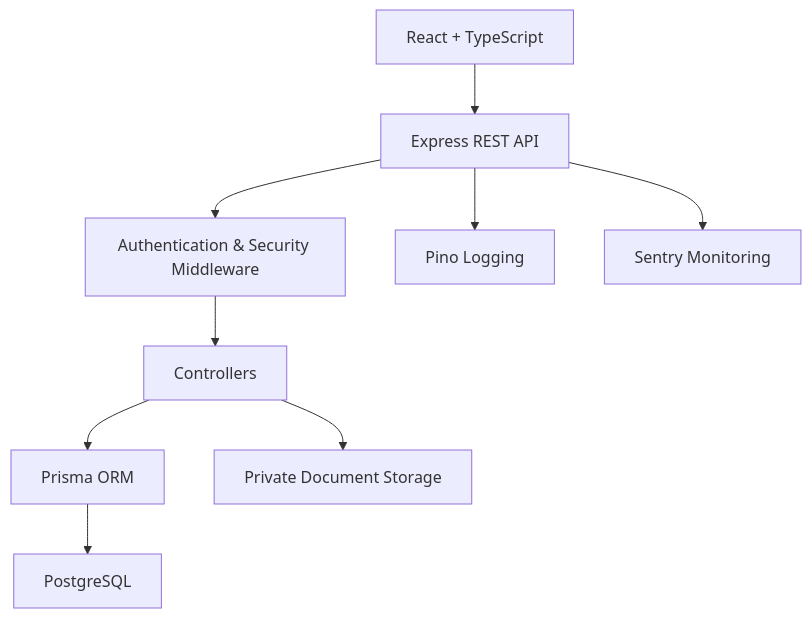
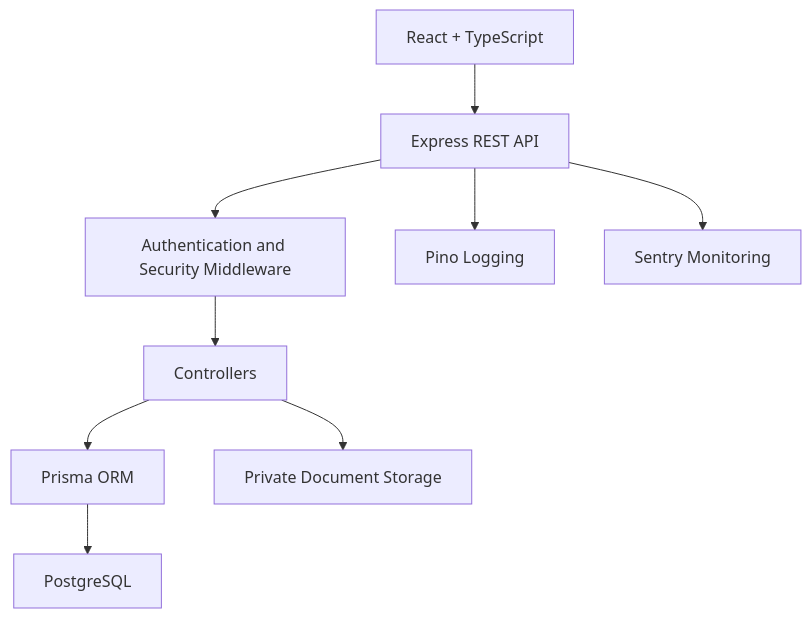
The diagram in README.md (hzitouniATSSU/job-application-tracker), drawn with Mermaid before and after one commit.

Commit message:
quick readme fix

````diff
--- a/README.md
+++ b/README.md
@@ -169,11 +169,11 @@
 ```mermaid
 flowchart TD
-    UI["React + TypeScript"] --> API["Express REST API"]
-    API --> Auth["Authentication & Security Middleware"]
-    Auth --> Controllers["Controllers"]
-    Controllers --> Prisma["Prisma ORM"]
-    Prisma --> DB["PostgreSQL"]
-    Controllers --> Storage["Private Document Storage"]
-    API --> Logging["Pino Logging"]
-    API --> Monitoring["Sentry Monitoring"]
+    UI[React + TypeScript] --> API[Express REST API]
+    API --> AUTH[Authentication and Security Middleware]
+    AUTH --> CONTROLLERS[Controllers]
+    CONTROLLERS --> PRISMA[Prisma ORM]
+    PRISMA --> DB[PostgreSQL]
+    CONTROLLERS --> STORAGE[Private Document Storage]
+    API --> LOGGING[Pino Logging]
+    API --> MONITORING[Sentry Monitoring]
 ```
````
